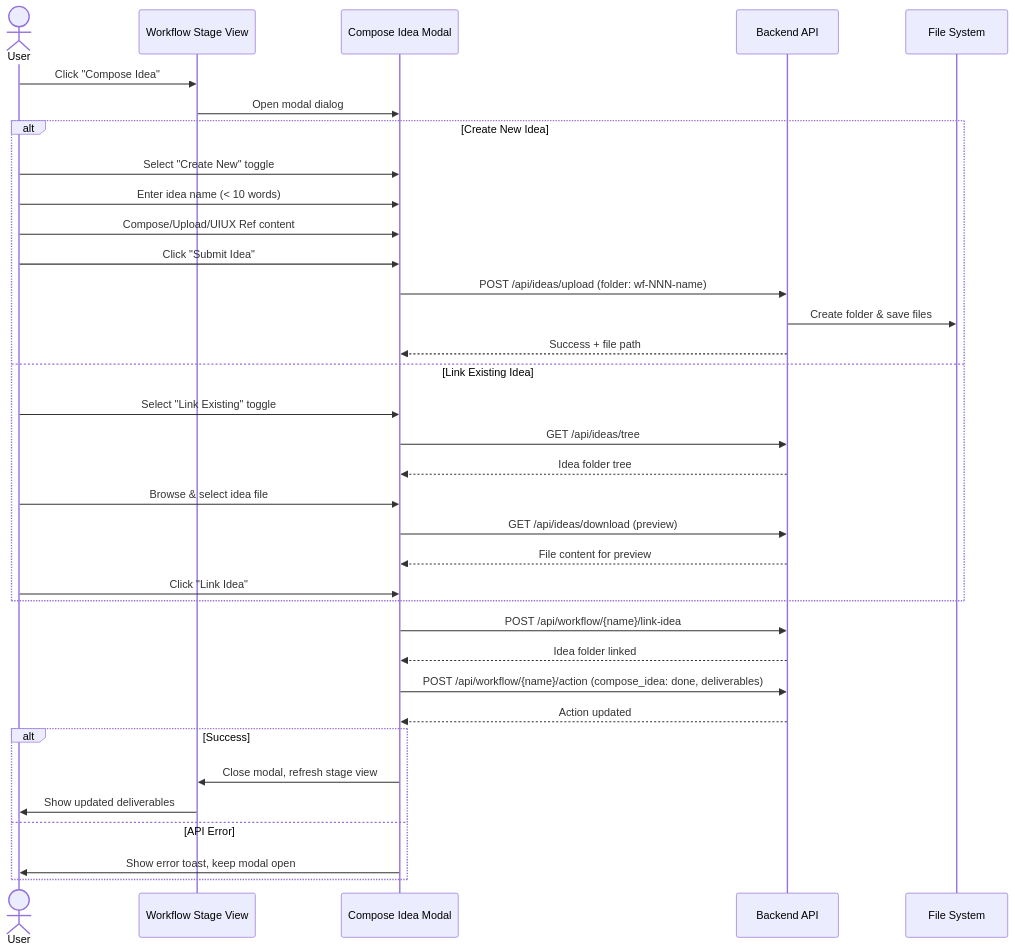
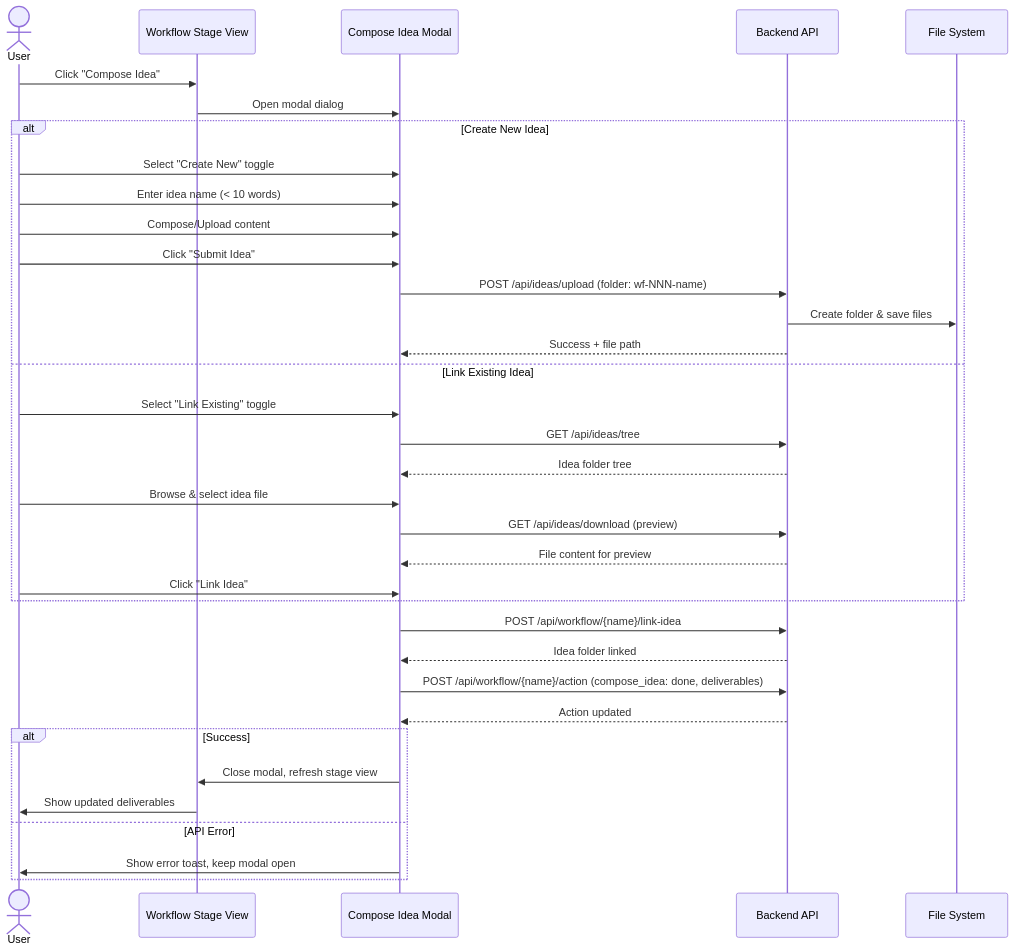
The second of 2 diagrams in x-ipe-docs/ideas/023. CR-Compose Idea in Workflow/idea-summary-v2.md (Young-Z/X-IPE), drawn with Mermaid before and after one commit. The commit also changed other lines of this file and 1 other file, not shown here.

First line of the commit message:
IDEA-023: Remove UIUX Reference tab from Compose Idea modal

````diff
--- a/x-ipe-docs/ideas/023. CR-Compose Idea in Workflow/idea-summary-v2.md
+++ b/x-ipe-docs/ideas/023. CR-Compose Idea in Workflow/idea-summary-v2.md
@@ -185,42 +183,42 @@
 ```mermaid
 sequenceDiagram
     actor User
     participant WF as Workflow Stage View
     participant Modal as Compose Idea Modal
     participant API as Backend API
     participant FS as File System
 
     User->>WF: Click "Compose Idea"
     WF->>Modal: Open modal dialog
 
     alt Create New Idea
         User->>Modal: Select "Create New" toggle
         User->>Modal: Enter idea name (< 10 words)
-        User->>Modal: Compose/Upload/UIUX Ref content
+        User->>Modal: Compose/Upload content
         User->>Modal: Click "Submit Idea"
         Modal->>API: POST /api/ideas/upload (folder: wf-NNN-name)
         API->>FS: Create folder & save files
         API-->>Modal: Success + file path
     else Link Existing Idea
         User->>Modal: Select "Link Existing" toggle
         Modal->>API: GET /api/ideas/tree
         API-->>Modal: Idea folder tree
         User->>Modal: Browse & select idea file
         Modal->>API: GET /api/ideas/download (preview)
         API-->>Modal: File content for preview
         User->>Modal: Click "Link Idea"
     end
 
     Modal->>API: POST /api/workflow/{name}/link-idea
     API-->>Modal: Idea folder linked
 
     Modal->>API: POST /api/workflow/{name}/action (compose_idea: done, deliverables)
     API-->>Modal: Action updated
 
     alt Success
         Modal->>WF: Close modal, refresh stage view
         WF->>User: Show updated deliverables
     else API Error
         Modal->>User: Show error toast, keep modal open
     end
 ```
````
